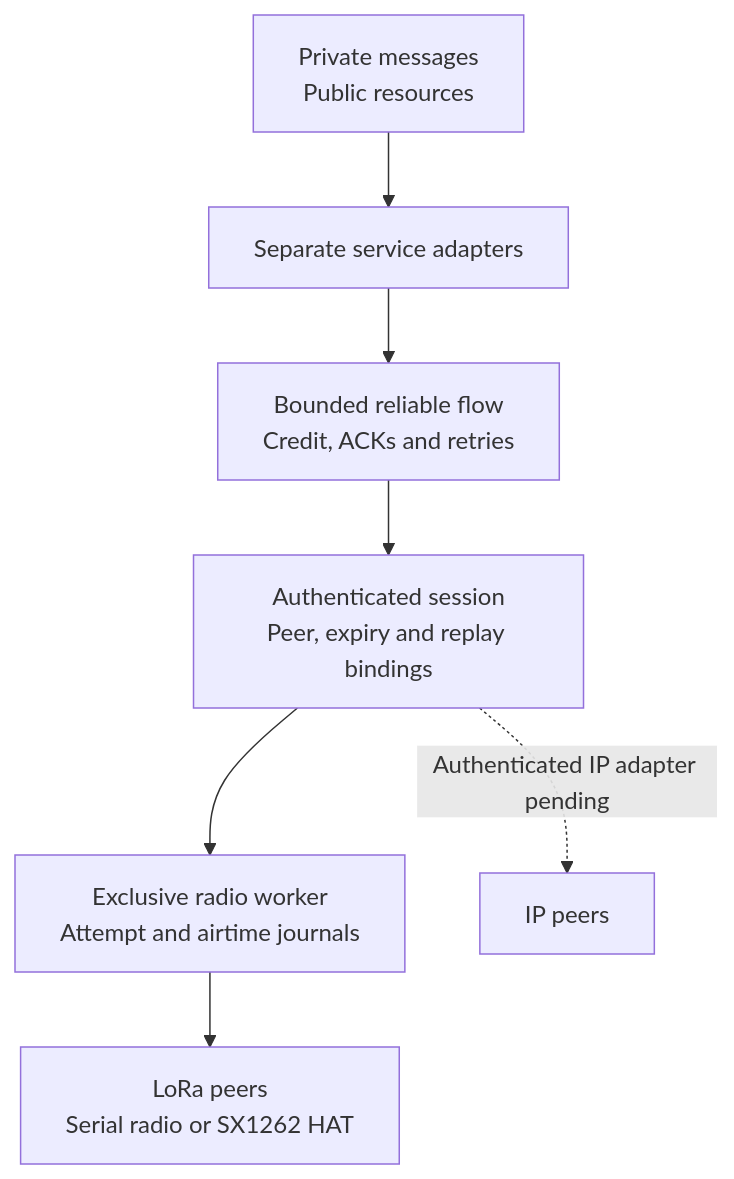
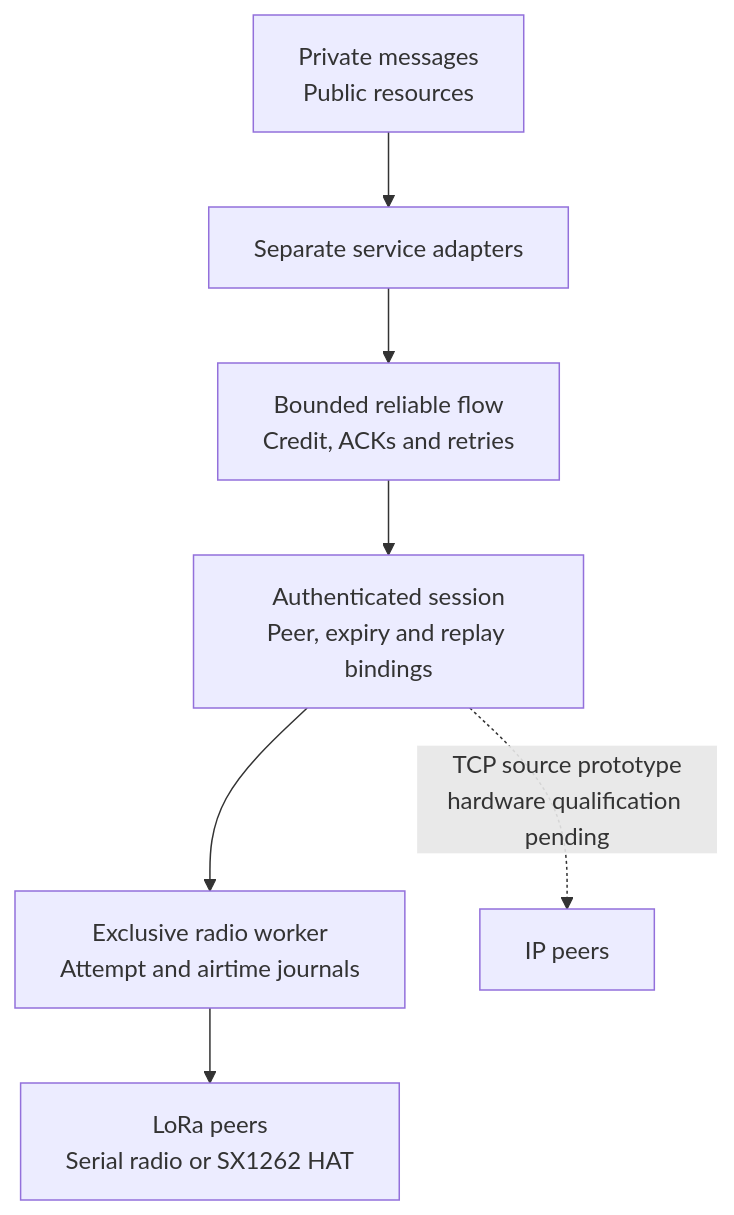
One commit to l33tdawg/meshticulum changed the diagram in README.md. Above: the diagram before and after it, drawn with Mermaid. The commit also changed other lines of this file and 20 other files, not shown here.

Commit message:
Add authenticated TCP source carrier with durable byte accounting

````diff
--- a/README.md
+++ b/README.md
@@ -19,9 +19,9 @@
 ```mermaid
 flowchart TB
     APP["Private messages<br/>Public resources"] --> SVC["Separate service adapters"]
     SVC --> FLOW["Bounded reliable flow<br/>Credit, ACKs and retries"]
     FLOW --> AUTH["Authenticated session<br/>Peer, expiry and replay bindings"]
     AUTH --> WORKER["Exclusive radio worker<br/>Attempt and airtime journals"]
     WORKER --> RF["LoRa peers<br/>Serial radio or SX1262 HAT"]
-    AUTH -. "Authenticated IP adapter pending" .-> IP["IP peers"]
+    AUTH -. "TCP source prototype<br/>hardware qualification pending" .-> IP["IP peers"]
 ```
````
